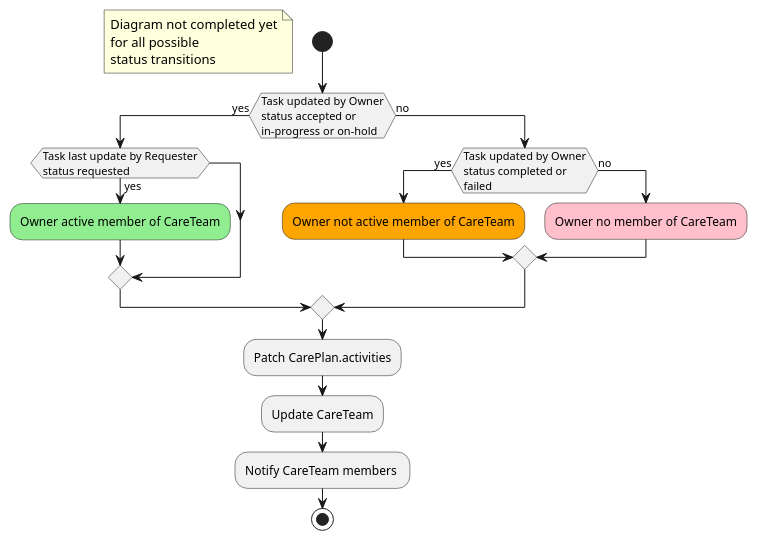
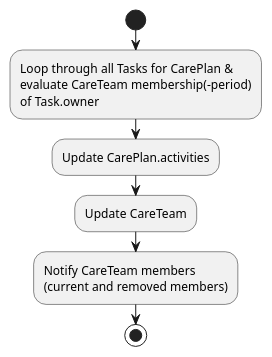
One commit to SanteonNL/shared-care-planning changed the diagram in input/images-source/careplan-careteam-management-overview.plantuml. Above: the diagram before and after it, drawn with PlantUML. The commit also changed 22 other files, not shown here.

```diff
--- a/input/images-source/careplan-careteam-management-overview.plantuml
+++ b/input/images-source/careplan-careteam-management-overview.plantuml
@@ -1,21 +1,12 @@
 @startuml careplan-careteam-management-overview
 'https://plantuml.com/activity-diagram-beta
 start
-floating note left: Diagram not completed yet\nfor all possible\nstatus transitions
-if (Task updated by Owner\nstatus accepted or\nin-progress or on-hold) then (yes)
-if (Task last update by Requester\nstatus requested) then (yes)
-  #LightGreen:Owner active member of CareTeam;
-endif
-else (no)
-if (Task updated by Owner\nstatus completed or\nfailed) then (yes)
-  #orange:Owner not active member of CareTeam;
-  else (no)
-    #Pink:Owner no member of CareTeam;
-endif
-
-endif
-:Patch CarePlan.activities;
+:Loop through all Tasks for CarePlan &
+evaluate CareTeam membership(-period)
+of Task.owner;
+:Update CarePlan.activities;
 :Update CareTeam;
-:Notify CareTeam members ;
+:Notify CareTeam members 
+(current and removed members);
 stop
 @enduml
```
